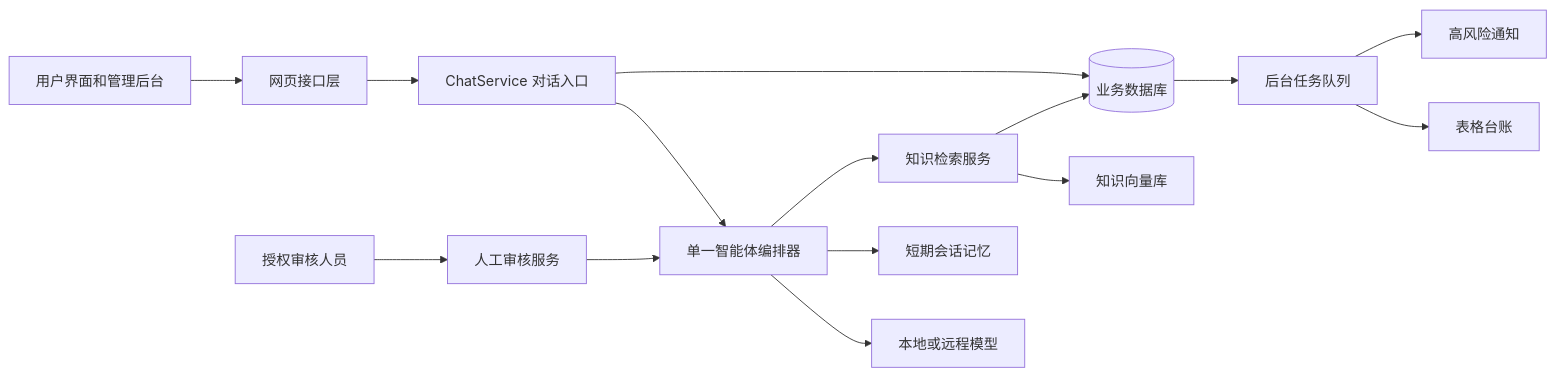
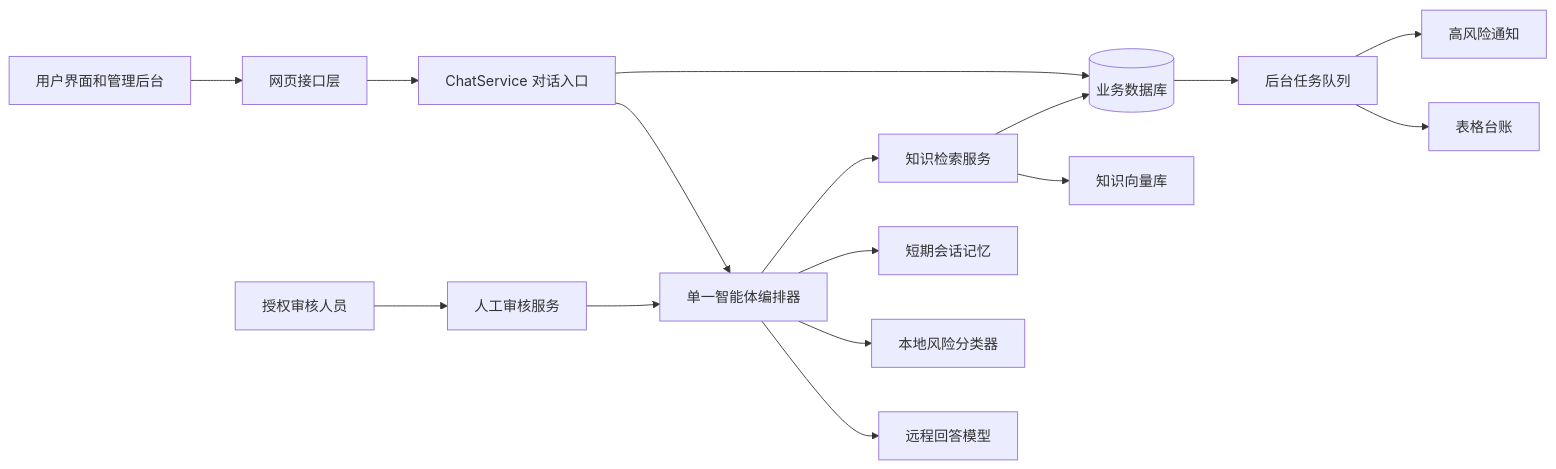
The first of 2 diagrams in README.md (assle/XLing-agent), drawn with Mermaid before and after one commit. The commit also changed other lines of this file and 10 other files, not shown here.

````diff
--- a/README.md
+++ b/README.md
@@ -29,17 +29,18 @@
 ```mermaid
 flowchart LR
     Browser[用户界面和管理后台] --> API[网页接口层]
     API --> Chat[ChatService 对话入口]
     Chat --> Orchestrator[单一智能体编排器]
-    Orchestrator --> Model[本地或远程模型]
+    Orchestrator --> ReplyModel[远程回答模型]
+    Orchestrator --> Classifier[本地风险分类器]
     Orchestrator --> Redis[短期会话记忆]
     Orchestrator --> Knowledge[知识检索服务]
     Knowledge --> Chroma[知识向量库]
     Knowledge --> MySQL[(业务数据库)]
     Chat --> MySQL
     MySQL --> Queue[后台任务队列]
     Queue --> Ledger[表格台账]
     Queue --> Alert[高风险通知]
     Admin[授权审核人员] --> Review[人工审核服务]
     Review --> Orchestrator
 ```
````
